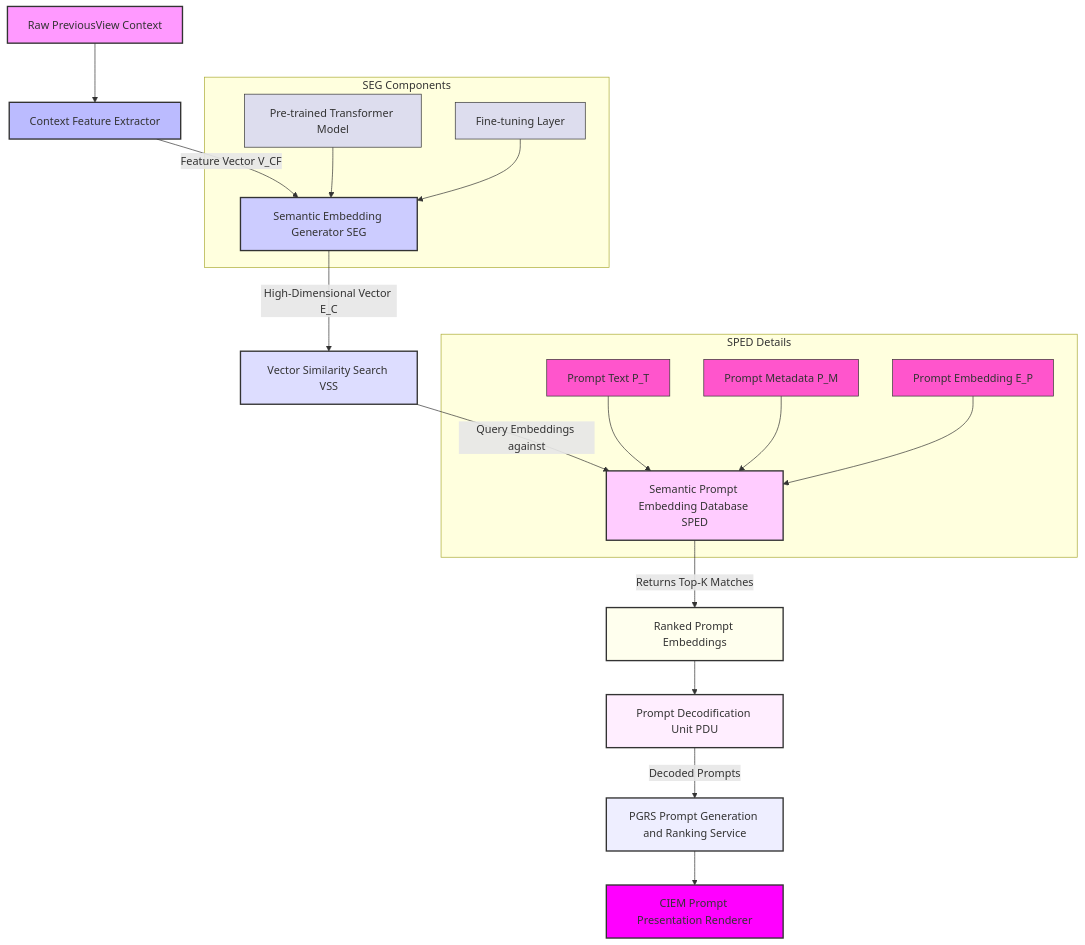
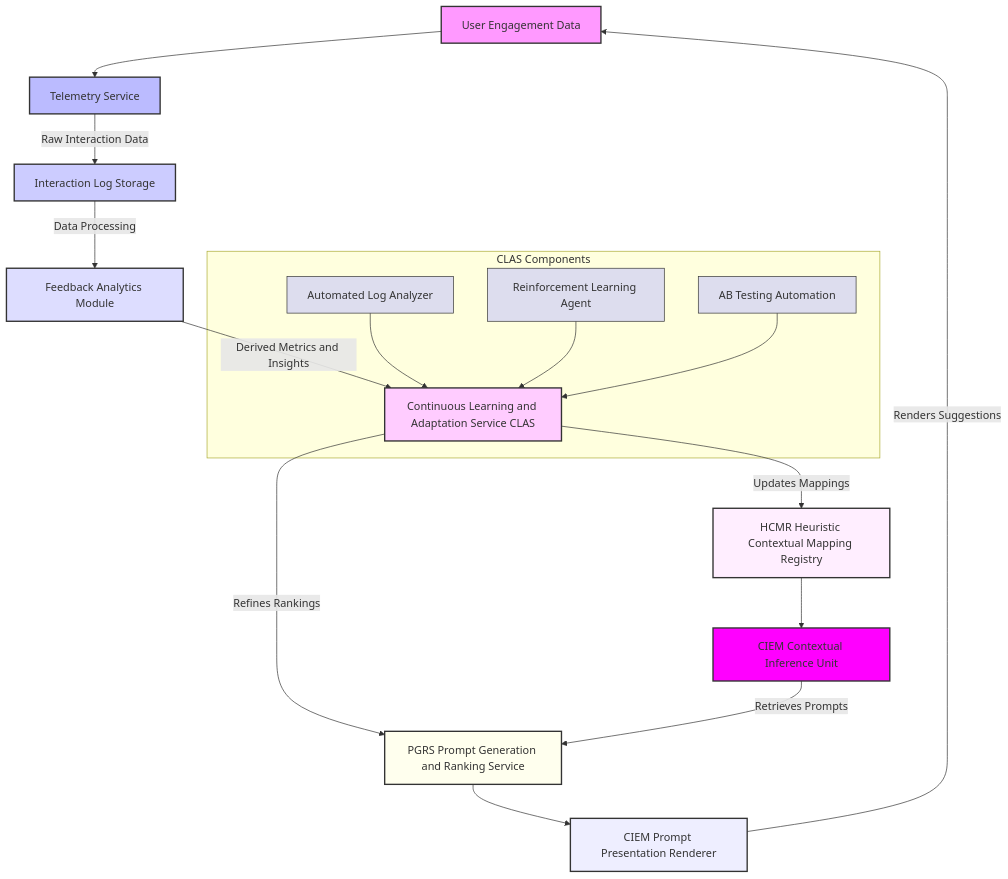
Before and after one commit to diplomat-bit/Citibank_Demo_Business_Inc_Demonstration-: the eighth of 14 diagrams in inventions/002_ai_contextual_prompt_suggestion.md, drawn with Mermaid. The commit also changed other lines of this file, not shown here.

Commit message:
[AI] Edit: inventions/002_ai_contextual_prompt_suggestion.md

````diff
--- a/inventions/002_ai_contextual_prompt_suggestion.md
+++ b/inventions/002_ai_contextual_prompt_suggestion.md
@@ -388,40 +452,33 @@
 ```mermaid
 graph TD
-    A[Raw PreviousView Context] --> B[Context Feature Extractor]
-    B -- Feature Vector V_CF --> C[Semantic Embedding Generator SEG]
-    C -- High-Dimensional Vector E_C --> D[Vector Similarity Search VSS]
-    D -- Query Embeddings against --> E[Semantic Prompt Embedding Database SPED]
-    E -- Returns Top-K Matches --> F[Ranked Prompt Embeddings]
-    F --> G[Prompt Decodification Unit PDU]
-    G -- Decoded Prompts --> H[PGRS Prompt Generation and Ranking Service]
-    H --> I[CIEM Prompt Presentation Renderer]
+    A[User Engagement Data] --> B[Telemetry Service]
+    B -- Raw Interaction Data --> C[Interaction Log Storage]
+    C -- Data Processing --> D[Feedback Analytics Module]
+    D -- Derived Metrics and Insights --> E[Continuous Learning and Adaptation Service CLAS]
+    E -- Refines Rankings --> F[PGRS Prompt Generation and Ranking Service]
+    E -- Updates Mappings --> G[HCMR Heuristic Contextual Mapping Registry]
+    F --> H[CIEM Prompt Presentation Renderer]
+    G --> I[CIEM Contextual Inference Unit]
+    H -- Renders Suggestions --> A
+    I -- Retrieves Prompts --> F
 
-    subgraph SEG Components
-        C1[Pre-trained Transformer Model]
-        C2[Fine-tuning Layer]
-        C1 --> C
-        C2 --> C
-    end
-
-    subgraph SPED Details
-        E1[Prompt Text P_T]
-        E2[Prompt Metadata P_M]
-        E3[Prompt Embedding E_P]
+    subgraph CLAS Components
+        E1[Automated Log Analyzer]
+        E2[Reinforcement Learning Agent]
+        E3[AB Testing Automation]
         E1 & E2 & E3 --> E
     end
 
     style A fill:#f9f,stroke:#333,stroke-width:2px
     style B fill:#bbf,stroke:#333,stroke-width:2px
     style C fill:#ccf,stroke:#333,stroke-width:2px
     style D fill:#ddf,stroke:#333,stroke-width:2px
     style E fill:#fcf,stroke:#333,stroke-width:2px
     style F fill:#ffe,stroke:#333,stroke-width:2px
     style G fill:#fef,stroke:#333,stroke-width:2px
     style H fill:#eef,stroke:#333,stroke-width:2px
     style I fill:#f0f,stroke:#333,stroke-width:2px
-    style C1 fill:#dde,stroke:#333,stroke-width:1px
-    style C2 fill:#dde,stroke:#333,stroke-width:1px
-    style E1 fill:#f5c,stroke:#333,stroke-width:1px
-    style E2 fill:#f5c,stroke:#333,stroke-width:1px
-    style E3 fill:#f5c,stroke:#333,stroke-width:1px
+    style E1 fill:#dde,stroke:#333,stroke-width:1px
+    style E2 fill:#dde,stroke:#333,stroke-width:1px
+    style E3 fill:#dde,stroke:#333,stroke-width:1px
 ```
````
